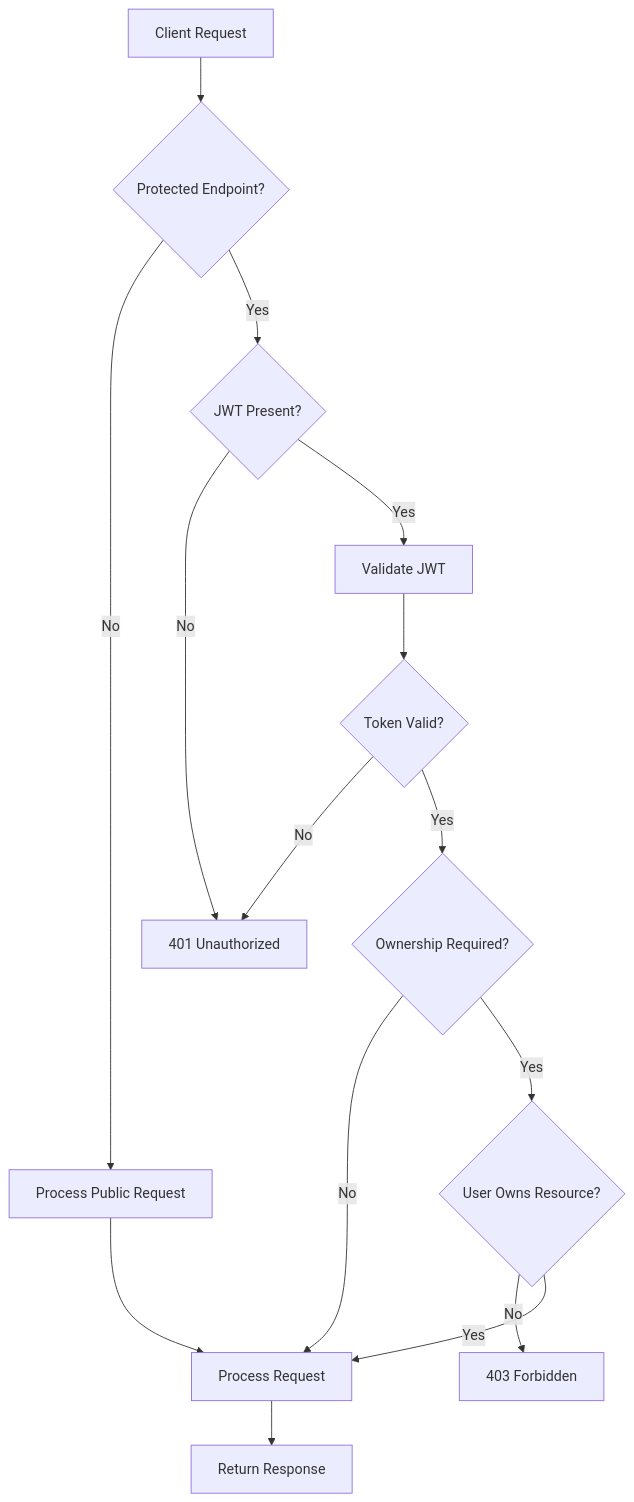
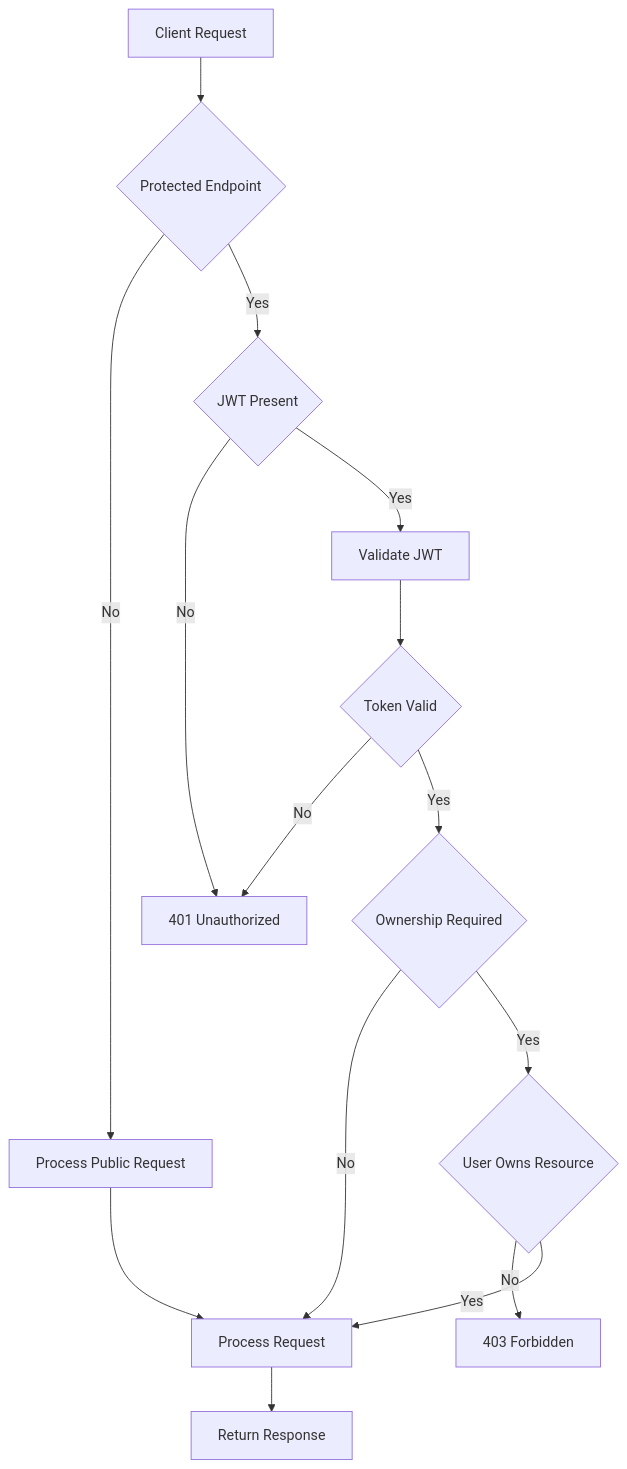
One commit to kamlesh-codedev/paste-bin changed diagram 20 of 21 in docks/ARCHITECTURE.md. Above: the diagram before and after it, drawn with Mermaid. The commit also changed other lines of this file and 2 other files, not shown here.

Commit message:
Resolved Mermaid errors

````diff
--- a/docks/ARCHITECTURE.md
+++ b/docks/ARCHITECTURE.md
@@ -975,33 +973,33 @@
 ```mermaid
 flowchart TD
 
     A["Client Request"]
 
-    A --> B{"Protected Endpoint?"}
+    A --> B{"Protected Endpoint"}
 
     B -->|No| C["Process Public Request"]
 
-    B -->|Yes| D{"JWT Present?"}
+    B -->|Yes| D{"JWT Present"}
 
     D -->|No| E["401 Unauthorized"]
 
     D -->|Yes| F["Validate JWT"]
 
-    F --> G{"Token Valid?"}
+    F --> G{"Token Valid"}
 
     G -->|No| E
 
-    G -->|Yes| H{"Ownership Required?"}
+    G -->|Yes| H{"Ownership Required"}
 
     H -->|No| I["Process Request"]
 
-    H -->|Yes| J{"User Owns Resource?"}
+    H -->|Yes| J{"User Owns Resource"}
 
     J -->|No| K["403 Forbidden"]
 
     J -->|Yes| I
 
     C --> I
 
     I --> L["Return Response"]
 ```
````
